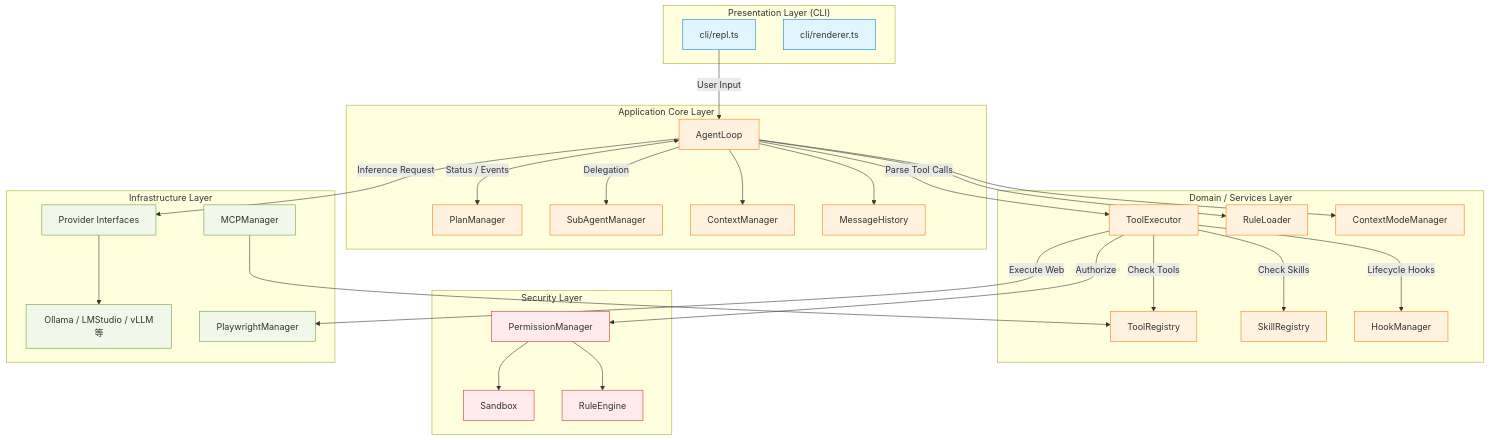
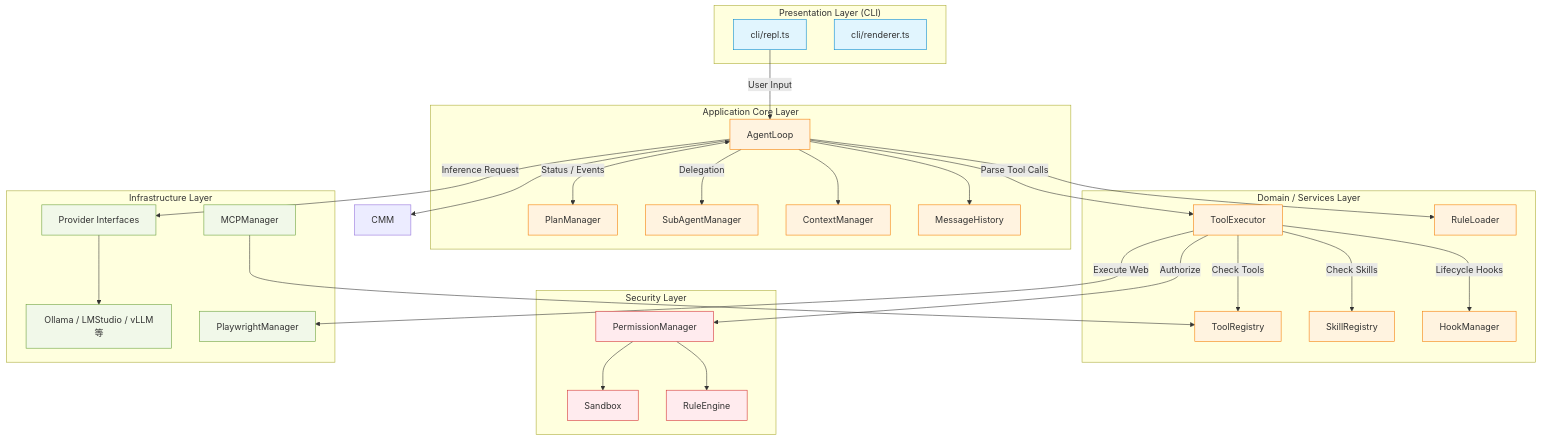
One commit to t2k2pp/lllmAgents changed the first of 14 diagrams in docs/internal_design.md. Above: the diagram before and after it, drawn with Mermaid. The commit also changed other lines of this file and 7 other files, not shown here.

````diff
--- a/docs/internal_design.md
+++ b/docs/internal_design.md
@@ -13,65 +13,64 @@
 ```mermaid
 graph TD
     classDef ui fill:#e1f5fe,stroke:#0288d1;
     classDef core fill:#fff3e0,stroke:#f57c00;
     classDef infra fill:#f1f8e9,stroke:#689f38;
     classDef sec fill:#ffebee,stroke:#d32f2f;
 
     subgraph "Presentation Layer (CLI)"
         REPL[cli/repl.ts]:::ui
         Renderer[cli/renderer.ts]:::ui
     end
 
     subgraph "Application Core Layer"
         AL[AgentLoop]:::core
         PM[PlanManager]:::core
         SM[SubAgentManager]:::core
         CM[ContextManager]:::core
         Mem[MessageHistory]:::core
     end
 
     subgraph "Domain / Services Layer"
         TR[ToolRegistry]:::core
         TE[ToolExecutor]:::core
         SR[SkillRegistry]:::core
         HM[HookManager]:::core
         RL[RuleLoader]:::core
-        CMM[ContextModeManager]:::core
     end
 
     subgraph "Security Layer"
         Perm[PermissionManager]:::sec
         Sand[Sandbox]:::sec
         RE[RuleEngine]:::sec
     end
 
     subgraph "Infrastructure Layer"
         Prov[Provider Interfaces]:::infra
         Clients[Ollama / LMStudio / vLLM等]:::infra
         Play[PlaywrightManager]:::infra
         MCP[MCPManager]:::infra
     end
 
     REPL --> |User Input| AL
     AL --> Mem
     AL --> CM
     AL <--> |Status / Events| PM
     AL --> |Delegation| SM
     AL --> |Inference Request| Prov
     Prov --> Clients
 
     AL --> |Parse Tool Calls| TE
     TE --> |Check Tools| TR
     TE --> |Check Skills| SR
     TE --> |Authorize| Perm
     TE --> |Lifecycle Hooks| HM
 
     Perm --> Sand
     Perm --> RE
 
     TE --> |Execute Web| Play
 
     AL --> RL
     AL --> CMM
     MCP --> TR
 ```
````
